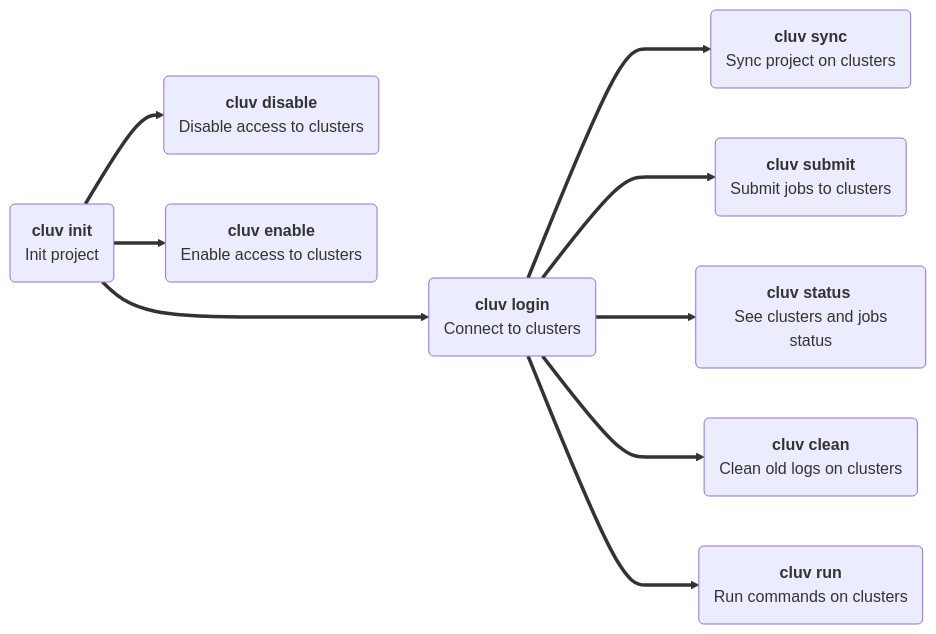
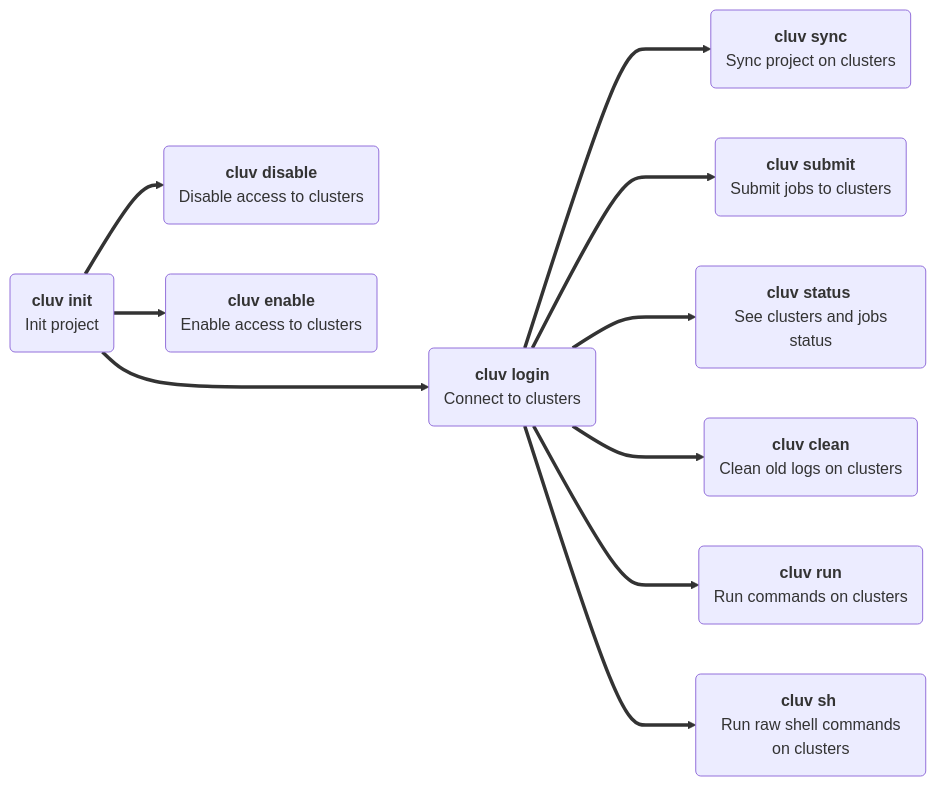
One commit to mila-iqia/cluv changed the diagram in docs/index.md. Above: the diagram before and after it, drawn with Mermaid. The commit also changed other lines of this file and 6 other files, not shown here.

First line of the commit message:
Add cluv sh: run a command on every connected cluster via clush (#162)

````diff
--- a/docs/index.md
+++ b/docs/index.md
@@ -97,32 +102,35 @@
 ``` mermaid
     graph LR
         init(<b>cluv init</b> <br> Init project)
         sync(<b>cluv sync</b> <br> Sync project on clusters)
         login(<b>cluv login</b> <br> Connect to clusters)
         submit(<b>cluv submit</b> <br> Submit jobs to clusters)
         status(<b>cluv status</b> <br> See clusters and jobs status)
         disable(<b>cluv disable</b> <br> Disable access to clusters)
         enable(<b>cluv enable</b> <br> Enable access to clusters)
         clean(<b>cluv clean</b> <br> Clean old logs on clusters)
         run(<b>cluv run</b> <br> Run commands on clusters)
+        sh(<b>cluv sh</b> <br> Run raw shell commands on clusters)
 
         init ===> login
         init ==> disable
         init ==> enable
 
         login ===> sync
         login ===> submit
         login ===> status
         login ===> clean
         login ===> run
+        login ===> sh
 
         click init "commands/#cluv-init"
         click login "commands/#cluv-login"
         click sync "commands/#cluv-sync"
         click submit "commands/#cluv-submit"
         click status "commands/#cluv-status"
         click disable "commands/#cluv-disable"
         click enable "commands/#cluv-enable"
         click clean "commands/#cluv-clean"
         click run "commands/#cluv-run"
+        click sh "commands/#cluv-sh"
 ```
````
